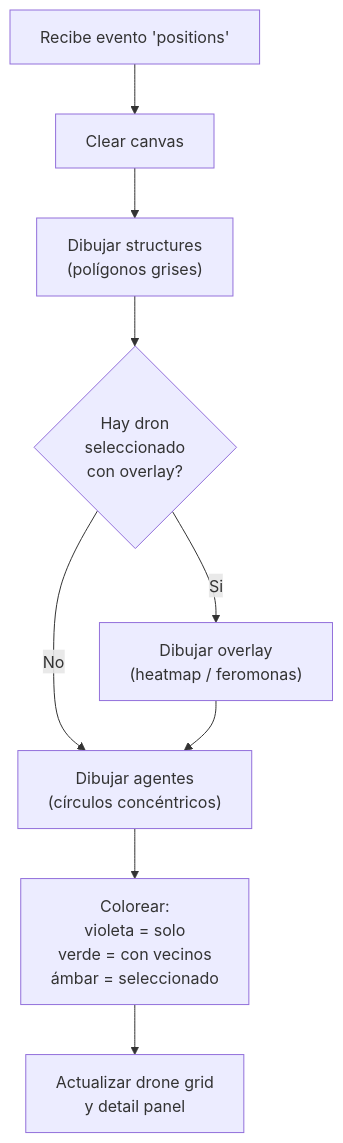
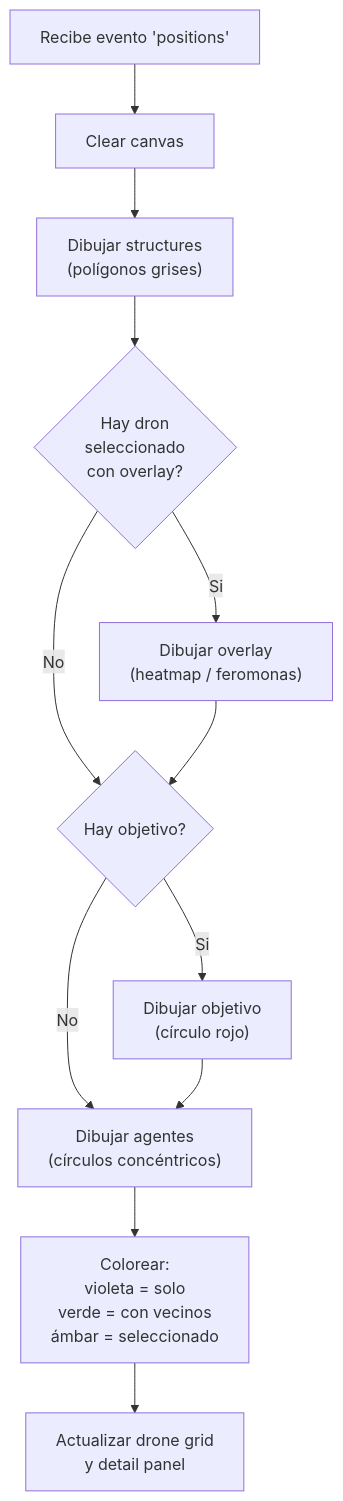
Before and after one commit to FLAGlab/Elixir-Swarm-Simulator: the seventh of 11 diagrams in docs/data_flows.md, drawn with Mermaid. The commit also changed other lines of this file and 41 other files, not shown here.

````diff
--- a/docs/data_flows.md
+++ b/docs/data_flows.md
@@ -146,11 +200,14 @@
 ```mermaid
 flowchart TD
     Event["Recibe evento 'positions'"] --> Clear["Clear canvas"]
     Clear --> Structures["Dibujar structures\n(polígonos grises)"]
     Structures --> Overlay{"Hay dron\nseleccionado\ncon overlay?"}
     Overlay -- "Si" --> DrawOverlay["Dibujar overlay\n(heatmap / feromonas)"]
-    Overlay -- "No" --> DrawAgents
-    DrawOverlay --> DrawAgents["Dibujar agentes\n(círculos concéntricos)"]
+    Overlay -- "No" --> DrawObj
+    DrawOverlay --> DrawObj{"Hay objetivo?"}
+    DrawObj -- "Si" --> Objective["Dibujar objetivo\n(círculo rojo)"]
+    DrawObj -- "No" --> DrawAgents
+    Objective --> DrawAgents["Dibujar agentes\n(círculos concéntricos)"]
     DrawAgents --> Colors["Colorear:\nvioleta = solo\nverde = con vecinos\námbar = seleccionado"]
     Colors --> Grid["Actualizar drone grid\ny detail panel"]
 ```
````
